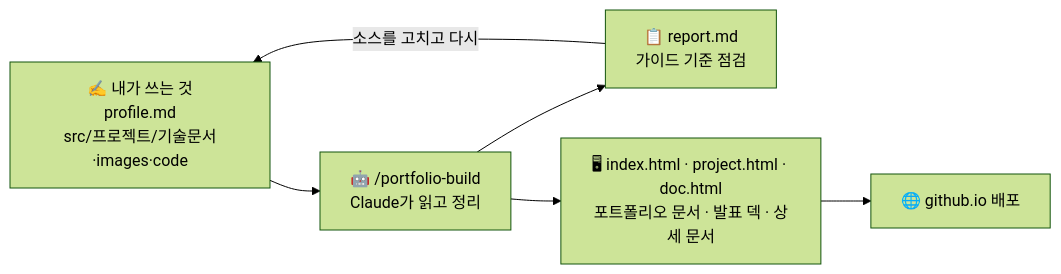
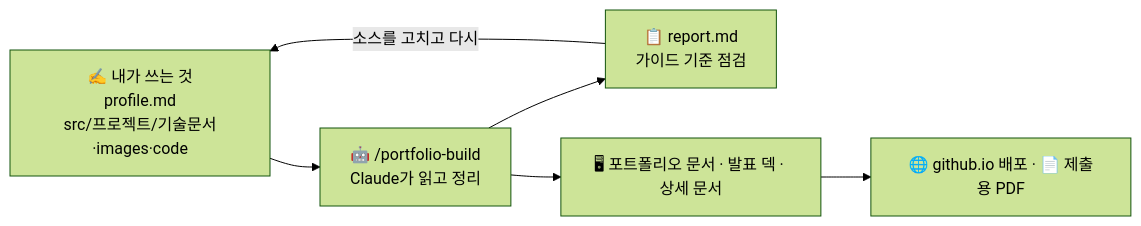
Before and after one commit to krr6606/krr6606.github.io: the diagram in README.md, drawn with Mermaid (forest theme). The commit also changed other lines of this file and 8 other files, not shown here.

````diff
--- a/README.md
+++ b/README.md
@@ -7,8 +11,8 @@
 ```mermaid
 flowchart LR
     A["✍ 내가 쓰는 것<br/>profile.md<br/>src/프로젝트/기술문서·images·code"] --> B["🤖 /portfolio-build<br/>Claude가 읽고 정리"]
     B --> C["📋 report.md<br/>가이드 기준 점검"]
-    B --> D["🖥 index.html · project.html · doc.html<br/>포트폴리오 문서 · 발표 덱 · 상세 문서"]
+    B --> D["🖥 포트폴리오 문서 · 발표 덱 · 상세 문서"]
     C -->|"소스를 고치고 다시"| A
-    D --> E["🌐 github.io 배포"]
+    D --> E["🌐 github.io 배포 · 📄 제출용 PDF"]
 ```
````
